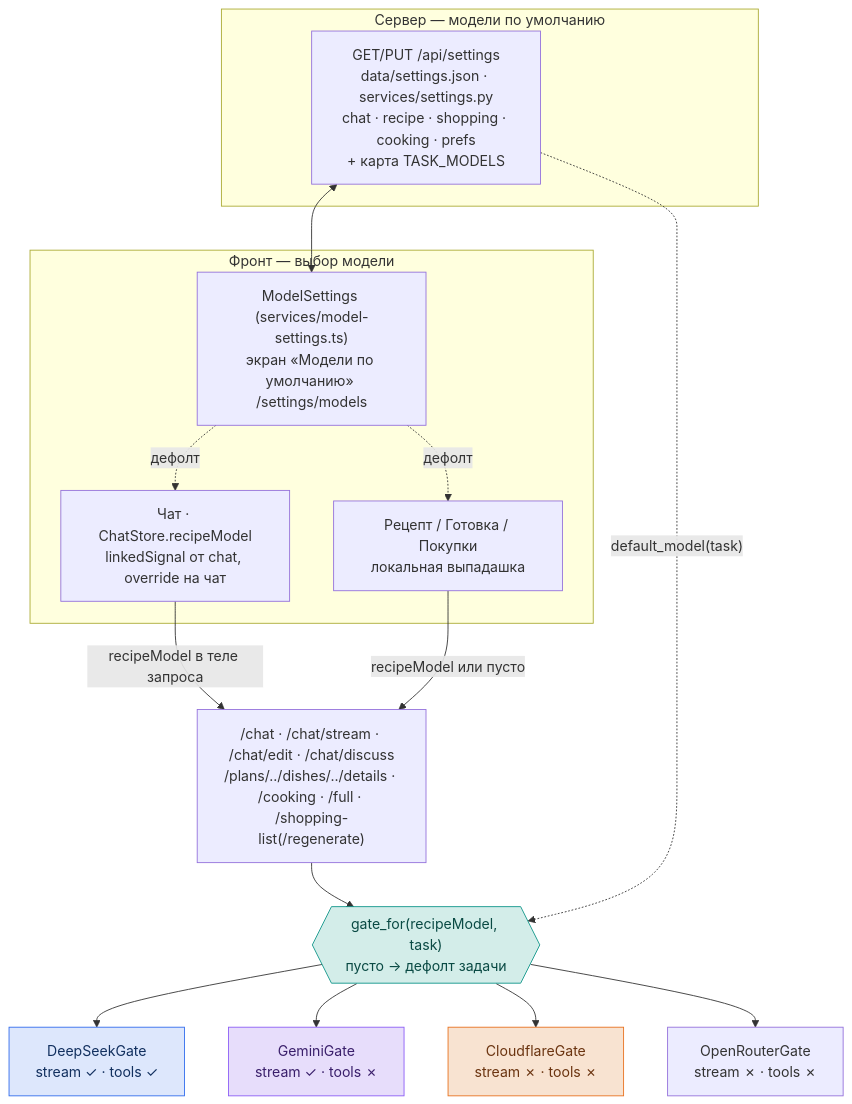
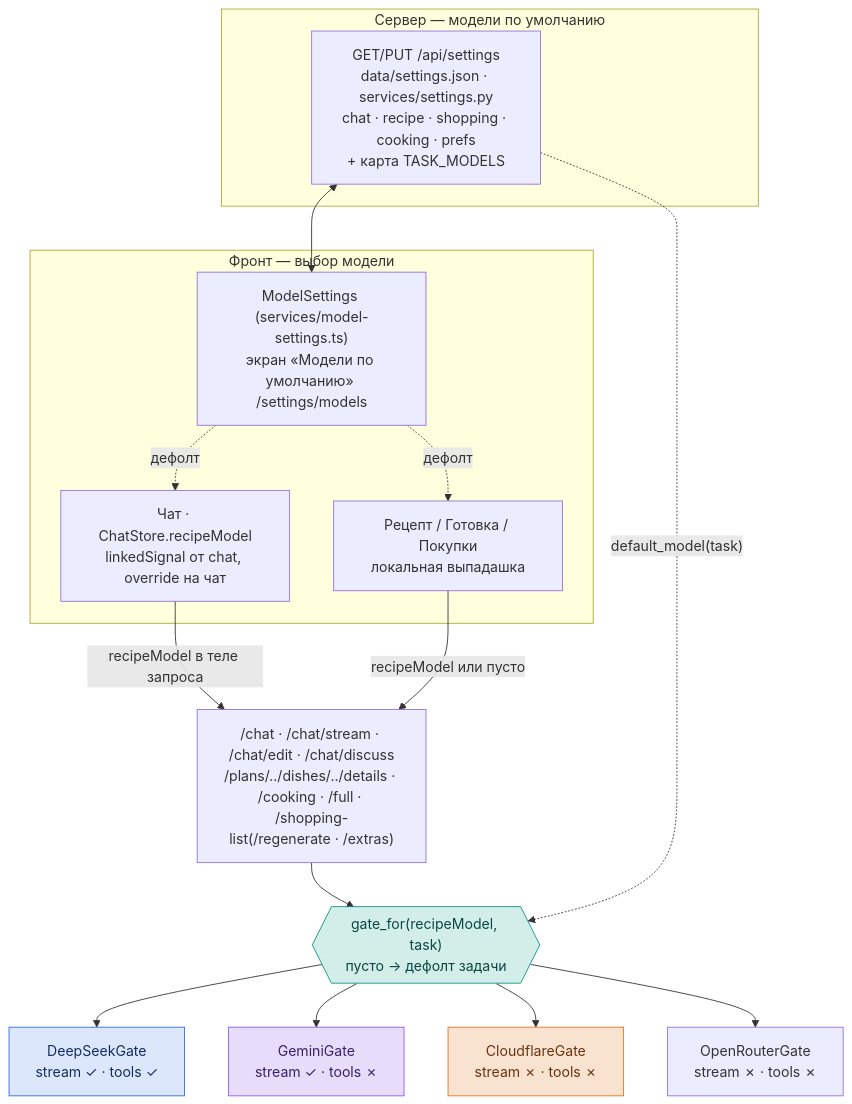
The first of 4 diagrams in docs/ARCHITECTURE.md (khripunovpp/easy-week), drawn with Mermaid before and after one commit. The commit also changed other lines of this file and 24 other files, not shown here.

````diff
--- a/docs/ARCHITECTURE.md
+++ b/docs/ARCHITECTURE.md
@@ -36,28 +36,28 @@
 ```mermaid
 flowchart TD
   subgraph SRV["Сервер — модели по умолчанию"]
     S["GET/PUT /api/settings<br/>data/settings.json · services/settings.py<br/>chat · recipe · shopping · cooking · prefs<br/>+ карта TASK_MODELS"]
   end
   subgraph FE["Фронт — выбор модели"]
     MS["ModelSettings (services/model-settings.ts)<br/>экран «Модели по умолчанию» /settings/models"]
     C["Чат · ChatStore.recipeModel<br/>linkedSignal от chat, override на чат"]
     PG["Рецепт / Готовка / Покупки<br/>локальная выпадашка"]
     MS -. "дефолт" .-> C
     MS -. "дефолт" .-> PG
   end
   S <--> MS
-  C -- "recipeModel в теле запроса" --> API["/chat · /chat/stream · /chat/edit · /chat/discuss<br/>/plans/../dishes/../details · /cooking · /full · /shopping-list(/regenerate)"]
+  C -- "recipeModel в теле запроса" --> API["/chat · /chat/stream · /chat/edit · /chat/discuss<br/>/plans/../dishes/../details · /cooking · /full · /shopping-list(/regenerate · /extras)"]
   PG -- "recipeModel или пусто" --> API
   API --> GF{{"gate_for(recipeModel, task)<br/>пусто → дефолт задачи"}}
   S -. "default_model(task)" .-> GF
   GF --> DS["DeepSeekGate<br/>stream ✓ · tools ✓"]
   GF --> GM["GeminiGate<br/>stream ✓ · tools ✗"]
   GF --> CF["CloudflareGate<br/>stream ✗ · tools ✗"]
   GF --> OR["OpenRouterGate<br/>stream ✗ · tools ✗"]
 
   classDef ds fill:#dde7fc,stroke:#2f6bed,color:#12305f;
   classDef gm fill:#e7ddfb,stroke:#8b5cf6,color:#3a1f6b;
   classDef cf fill:#f8e3d1,stroke:#e8701d,color:#6b3410;
   classDef sys fill:#d3ede9,stroke:#0d9488,color:#0a4a44;
   class DS ds; class GM gm; class CF cf; class GF sys;
 ```
````
